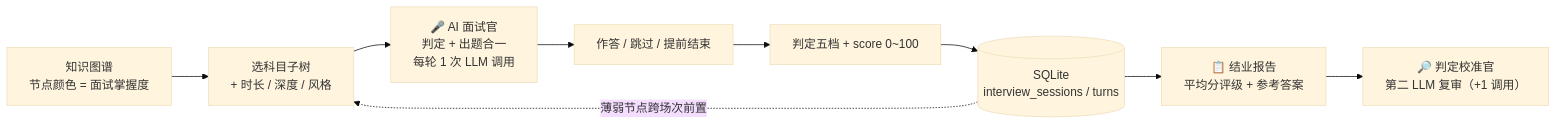
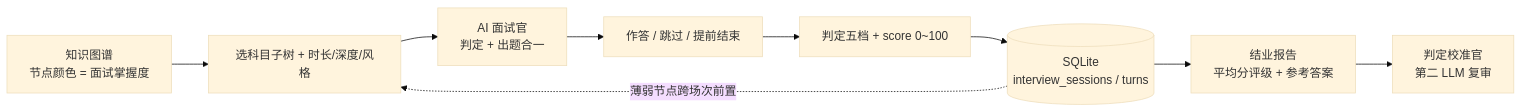
Before and after one commit to Baixiaodou/comm-knowledge-graph: the fifth of 8 diagrams in README.md, drawn with Mermaid (base theme). The commit also changed other lines of this file and 1 other file, not shown here.

````diff
--- a/README.md
+++ b/README.md
@@ -528,11 +352,11 @@
 ```mermaid
 flowchart LR
-    G["知识图谱<br/>节点颜色 = 面试掌握度"] --> N["选科目子树<br/>+ 时长 / 深度 / 风格"]
-    N --> Q["🎤 AI 面试官<br/>判定 + 出题合一<br/>每轮 1 次 LLM 调用"]
+    G["知识图谱<br/>节点颜色 = 面试掌握度"] --> N["选科目子树 + 时长/深度/风格"]
+    N --> Q["AI 面试官<br/>判定 + 出题合一"]
     Q --> A["作答 / 跳过 / 提前结束"]
     A --> M["判定五档 + score 0~100"]
     M --> DB[("SQLite<br/>interview_sessions / turns")]
     DB -.->|薄弱节点跨场次前置| N
-    DB --> R["📋 结业报告<br/>平均分评级 + 参考答案"]
-    R --> R2["🔎 判定校准官<br/>第二 LLM 复审（+1 调用）"]
+    DB --> R["结业报告<br/>平均分评级 + 参考答案"]
+    R --> R2["判定校准官<br/>第二 LLM 复审"]
 ```
````
